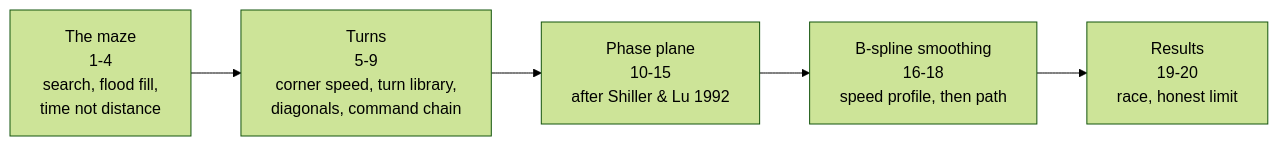
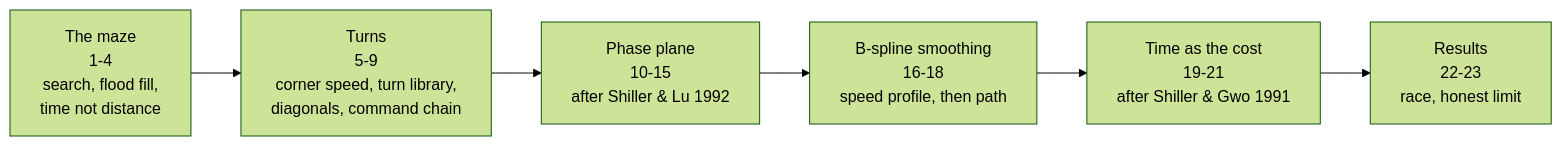
Before and after one commit to Noam-Gibor/interactive-study-of-motion-planning: the diagram in README.md, drawn with Mermaid (forest theme). The commit also changed other lines of this file and 29 other files, not shown here.

First line of the commit message:
v7: three scenes after Shiller and Gwo (1991)

````diff
--- a/README.md
+++ b/README.md
@@ -31,7 +31,8 @@
 ```mermaid
 flowchart LR
   A["The maze<br/>1-4<br/>search, flood fill,<br/>time not distance"] --> B["Turns<br/>5-9<br/>corner speed, turn library,<br/>diagonals, command chain"]
   B --> C["Phase plane<br/>10-15<br/>after Shiller & Lu 1992"]
   C --> D["B-spline smoothing<br/>16-18<br/>speed profile, then path"]
-  D --> E["Results<br/>19-20<br/>race, honest limit"]
+  D --> F["Time as the cost<br/>19-21<br/>after Shiller & Gwo 1991"]
+  F --> E["Results<br/>22-23<br/>race, honest limit"]
 ```
````
